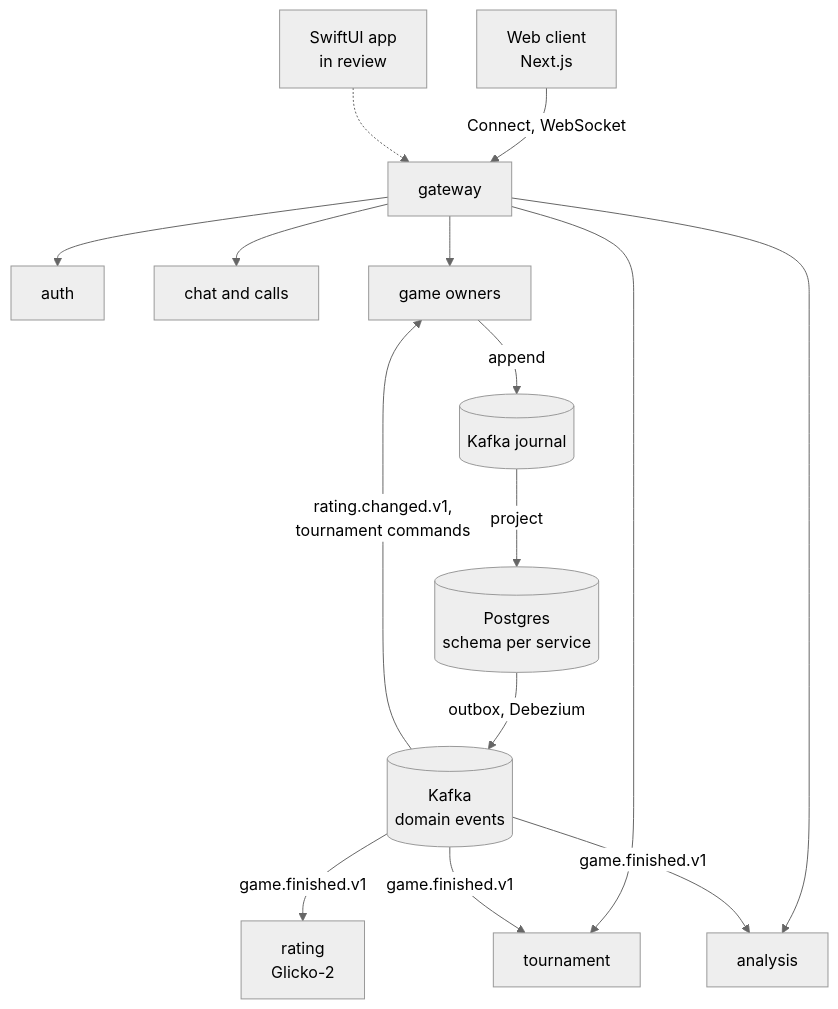
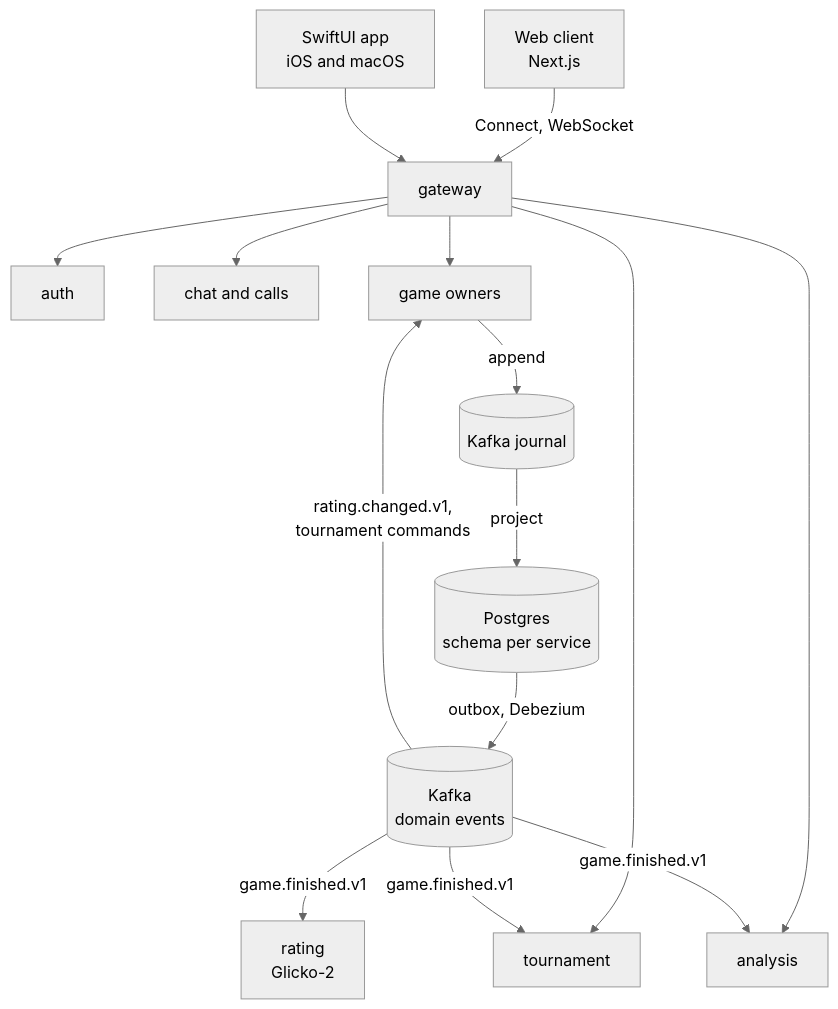
The diagram in README.md (Bvivg/axon), drawn with Mermaid (neutral theme) before and after one commit. The commit also changed other lines of this file and 2 other files, not shown here.

First line of the commit message:
docs: list checkers, Durak and the SwiftUI app as done (#49)

````diff
--- a/README.md
+++ b/README.md
@@ -48,17 +55,17 @@
 ```mermaid
 flowchart TB
   web["Web client<br/>Next.js"] -->|"Connect, WebSocket"| gw["gateway"]
-  app["SwiftUI app<br/>in review"] -.-> gw
+  app["SwiftUI app<br/>iOS and macOS"] --> gw
   gw --> auth["auth"]
   gw --> chat["chat and calls"]
   gw --> game["game owners"]
   gw --> tour["tournament"]
   gw --> ana["analysis"]
   game -->|"append"| journal[("Kafka journal")]
   journal -->|"project"| pg[("Postgres<br/>schema per service")]
   pg -->|"outbox, Debezium"| bus[("Kafka<br/>domain events")]
   bus -->|"game.finished.v1"| rating["rating<br/>Glicko-2"]
   bus -->|"game.finished.v1"| ana
   bus -->|"game.finished.v1"| tour
   bus -->|"rating.changed.v1,<br/>tournament commands"| game
 ```
````
